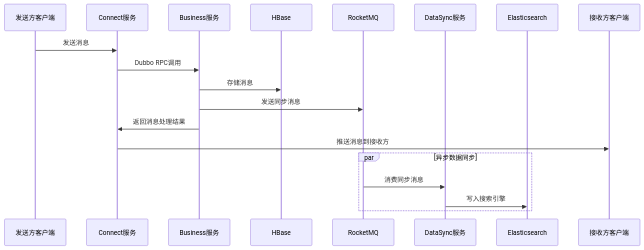
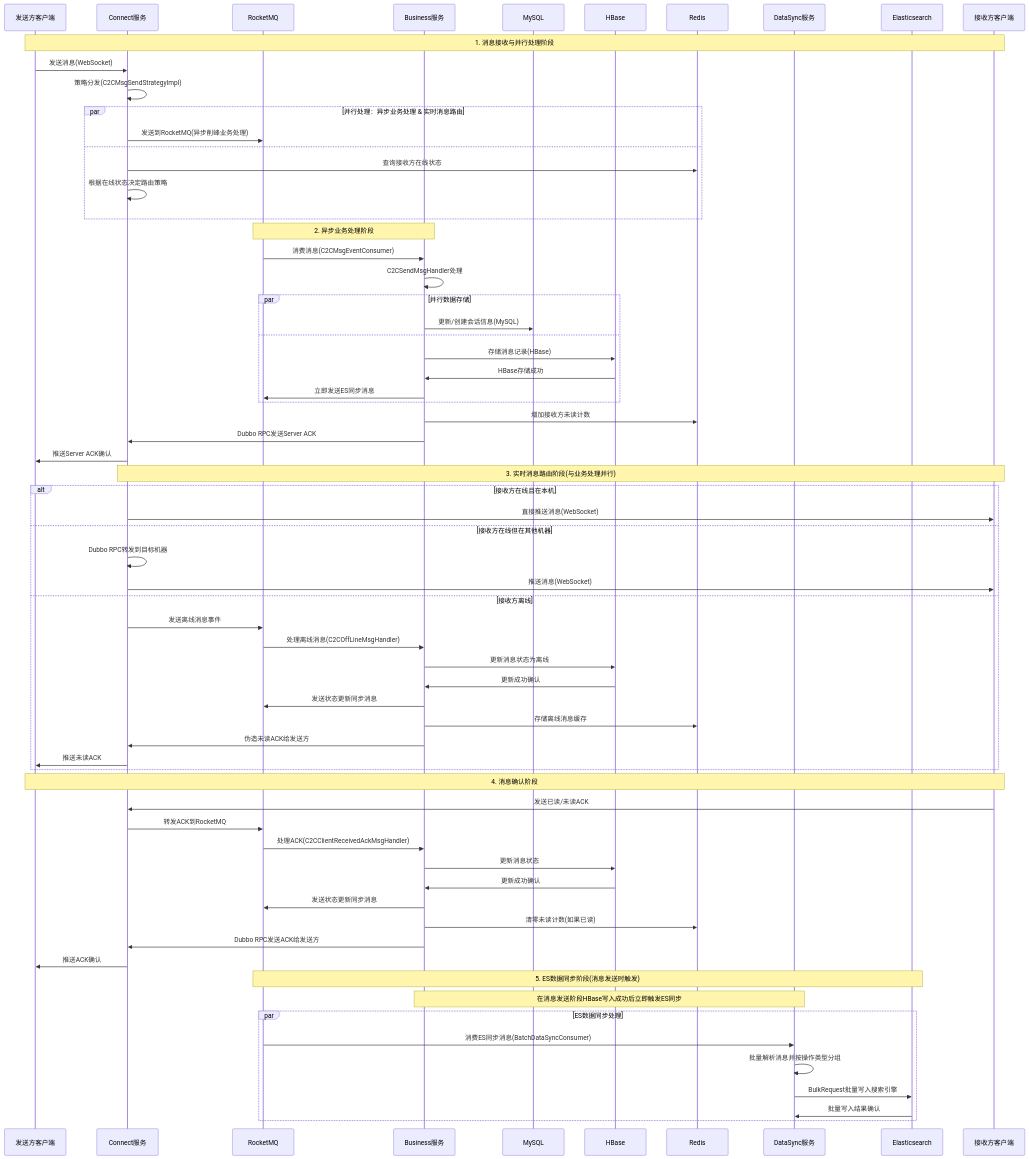
The third of 4 diagrams in 系统架构图.md (598572/xzll-im-server), drawn with Mermaid before and after one commit. The commit also changed other lines of this file and 1 other file, not shown here.

Commit message:
系统架构图编辑

````diff
--- a/系统架构图.md
+++ b/系统架构图.md
@@ -191,23 +192,75 @@
 ```mermaid
 sequenceDiagram
     participant C1 as 发送方客户端
     participant CON as Connect服务
+    participant MQ as RocketMQ
     participant BIZ as Business服务
+    participant M as MySQL
     participant H as HBase
-    participant MQ as RocketMQ
+    participant R as Redis
     participant DS as DataSync服务
     participant ES as Elasticsearch
     participant C2 as 接收方客户端
 
-    C1->>CON: 发送消息
-    CON->>BIZ: Dubbo RPC调用
-    BIZ->>H: 存储消息
-    BIZ->>MQ: 发送同步消息
-    BIZ->>CON: 返回消息处理结果
-    CON->>C2: 推送消息到接收方
+    Note over C1,C2: 1. 消息接收与并行处理阶段
+    C1->>CON: 发送消息(WebSocket)
+    CON->>CON: 策略分发(C2CMsgSendStrategyImpl)
     
-    par 异步数据同步
-        MQ->>DS: 消费同步消息
-        DS->>ES: 写入搜索引擎
+    par 并行处理：异步业务处理 & 实时消息路由
+        CON->>MQ: 发送到RocketMQ(异步削峰业务处理)
+    and
+        CON->>R: 查询接收方在线状态
+        CON->>CON: 根据在线状态决定路由策略
+    end
+    
+    Note over MQ,BIZ: 2. 异步业务处理阶段
+    MQ->>BIZ: 消费消息(C2CMsgEventConsumer)
+    BIZ->>BIZ: C2CSendMsgHandler处理
+    par 并行数据存储
+        BIZ->>M: 更新/创建会话信息(MySQL)
+    and 
+        BIZ->>H: 存储消息记录(HBase)
+        H->>BIZ: HBase存储成功
+        BIZ->>MQ: 立即发送ES同步消息
+    end
+    BIZ->>R: 增加接收方未读计数
+    BIZ->>CON: Dubbo RPC发送Server ACK
+    CON->>C1: 推送Server ACK确认
+    
+    Note over CON,C2: 3. 实时消息路由阶段(与业务处理并行)
+    alt 接收方在线且在本机
+        CON->>C2: 直接推送消息(WebSocket)
+    else 接收方在线但在其他机器
+        CON->>CON: Dubbo RPC转发到目标机器
+        CON->>C2: 推送消息(WebSocket)
+    else 接收方离线
+        CON->>MQ: 发送离线消息事件
+        MQ->>BIZ: 处理离线消息(C2COffLineMsgHandler)
+        BIZ->>H: 更新消息状态为离线
+        H->>BIZ: 更新成功确认
+        BIZ->>MQ: 发送状态更新同步消息
+        BIZ->>R: 存储离线消息缓存
+        BIZ->>CON: 伪造未读ACK给发送方
+        CON->>C1: 推送未读ACK
+    end
+    
+    Note over C2,C1: 4. 消息确认阶段
+    C2->>CON: 发送已读/未读ACK
+    CON->>MQ: 转发ACK到RocketMQ
+    MQ->>BIZ: 处理ACK(C2CClientReceivedAckMsgHandler)
+    BIZ->>H: 更新消息状态
+    H->>BIZ: 更新成功确认
+    BIZ->>MQ: 发送状态更新同步消息
+    BIZ->>R: 清零未读计数(如果已读)
+    BIZ->>CON: Dubbo RPC发送ACK给发送方
+    CON->>C1: 推送ACK确认
+    
+    Note over MQ,ES: 5. ES数据同步阶段(消息发送时触发)
+    Note over BIZ,DS: 在消息发送阶段HBase写入成功后立即触发ES同步
+    par ES数据同步处理
+        MQ->>DS: 消费ES同步消息(BatchDataSyncConsumer)
+        DS->>DS: 批量解析消息并按操作类型分组
+        DS->>ES: BulkRequest批量写入搜索引擎
+        ES->>DS: 批量写入结果确认
     end
 ```
````
